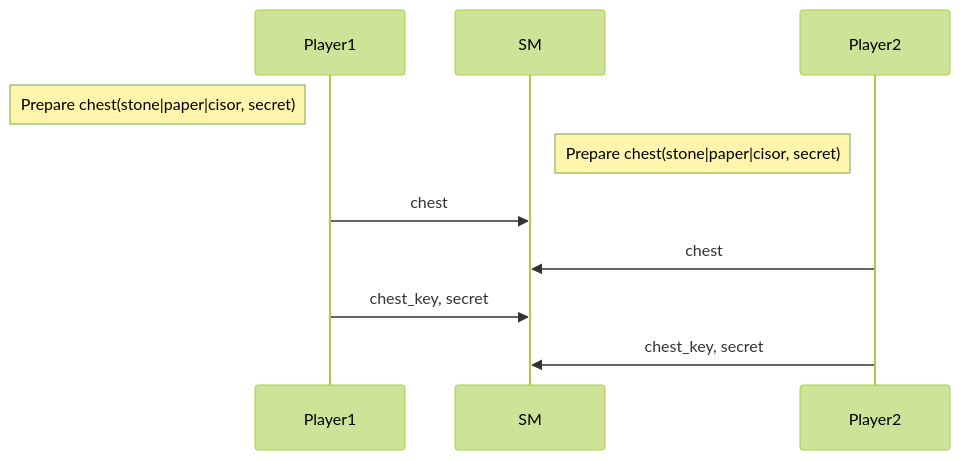
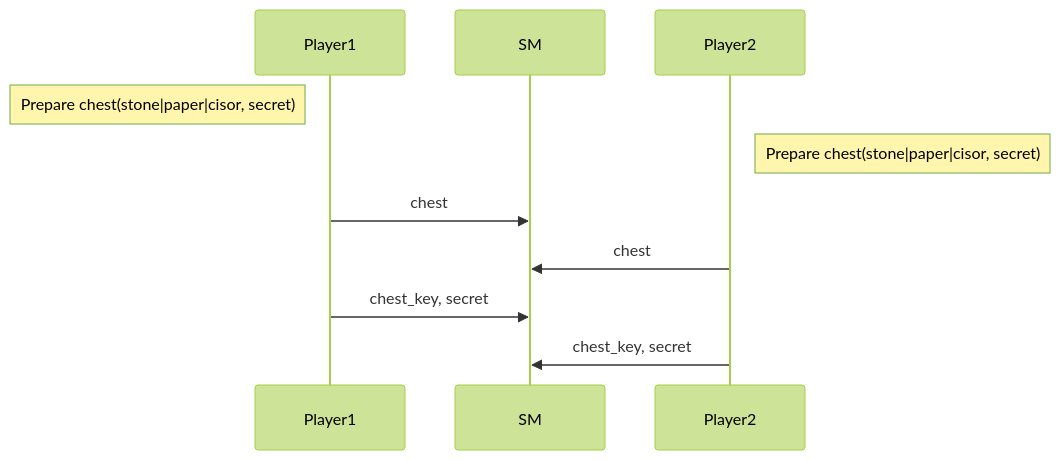
Before and after one commit to ligolang/jsligo-training-dapp-shifumi: the first of 2 diagrams in README.md, drawn with Mermaid (forest theme). The commit also changed other lines of this file, not shown here.

Commit message:
Story board in progress

````diff
--- a/README.md
+++ b/README.md
@@ -30,12 +30,12 @@
 ```mermaid
 sequenceDiagram
   participant Player1
   participant SM
   participant Player2
   Note left of Player1: Prepare chest(stone|paper|cisor, secret)
-  Note left of Player2: Prepare chest(stone|paper|cisor, secret)
+  Note right of Player2: Prepare chest(stone|paper|cisor, secret)
   Player1->>SM: chest
   Player2->>SM: chest
   Player1->>SM: chest_key, secret
   Player2->>SM: chest_key, secret
 ```
````
